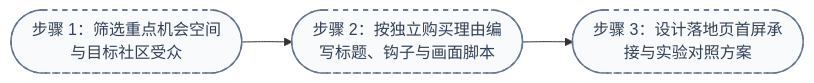
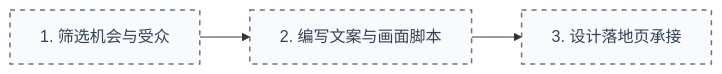
One commit to ezra-y/reddit-ad-workflow-skills changed the third of 6 diagrams in README.md. Above: the diagram before and after it, drawn with Mermaid. The commit also changed other lines of this file, not shown here.

Commit message:
docs: use vertical top-level flowchart, remove overlapping subgraphs, and shorten node labels

````diff
--- a/README.md
+++ b/README.md
@@ -155,7 +125,7 @@
 ```mermaid
 flowchart LR
-    P2_1(["步骤 1：筛选重点机会空间与目标社区受众"]) --> P2_2(["步骤 2：按独立购买理由编写标题、钩子与画面脚本"]) --> P2_3(["步骤 3：设计落地页首屏承接与实验对照方案"])
+    P2_1["1. 筛选机会与受众"] --> P2_2["2. 编写文案与画面脚本"] --> P2_3["3. 设计落地页承接"]
 
     classDef planStep fill:#F8FAFC,stroke:#64748B,stroke-width:1.5px,stroke-dasharray: 5 5,color:#334155
     class P2_1,P2_2,P2_3 planStep
 ```
````
